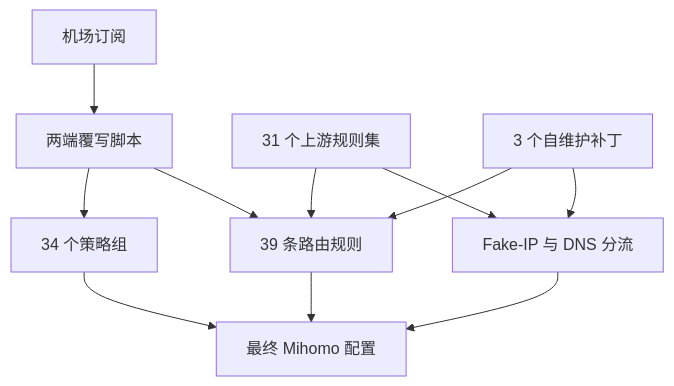
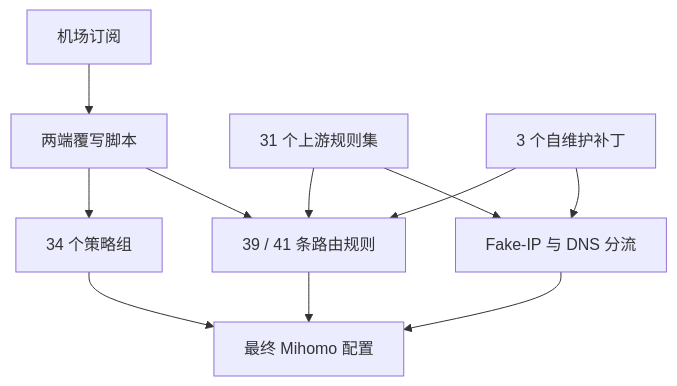
The diagram in README.md (hh1848/Clash-Verge-and-Bettbox-Custom-Script), drawn with Mermaid before and after one commit. The commit also changed other lines of this file and 2 other files, not shown here.

````diff
--- a/README.md
+++ b/README.md
@@ -127,13 +127,13 @@
 ```mermaid
 flowchart TD
     A[机场订阅] --> B[两端覆写脚本]
     B --> C[34 个策略组]
-    B --> D[39 条路由规则]
+    B --> D[39 / 41 条路由规则]
     E[31 个上游规则集] --> D
     F[3 个自维护补丁] --> D
     F --> G[Fake-IP 与 DNS 分流]
     E --> G
     D --> H[最终 Mihomo 配置]
     G --> H
     C --> H
 ```
````
